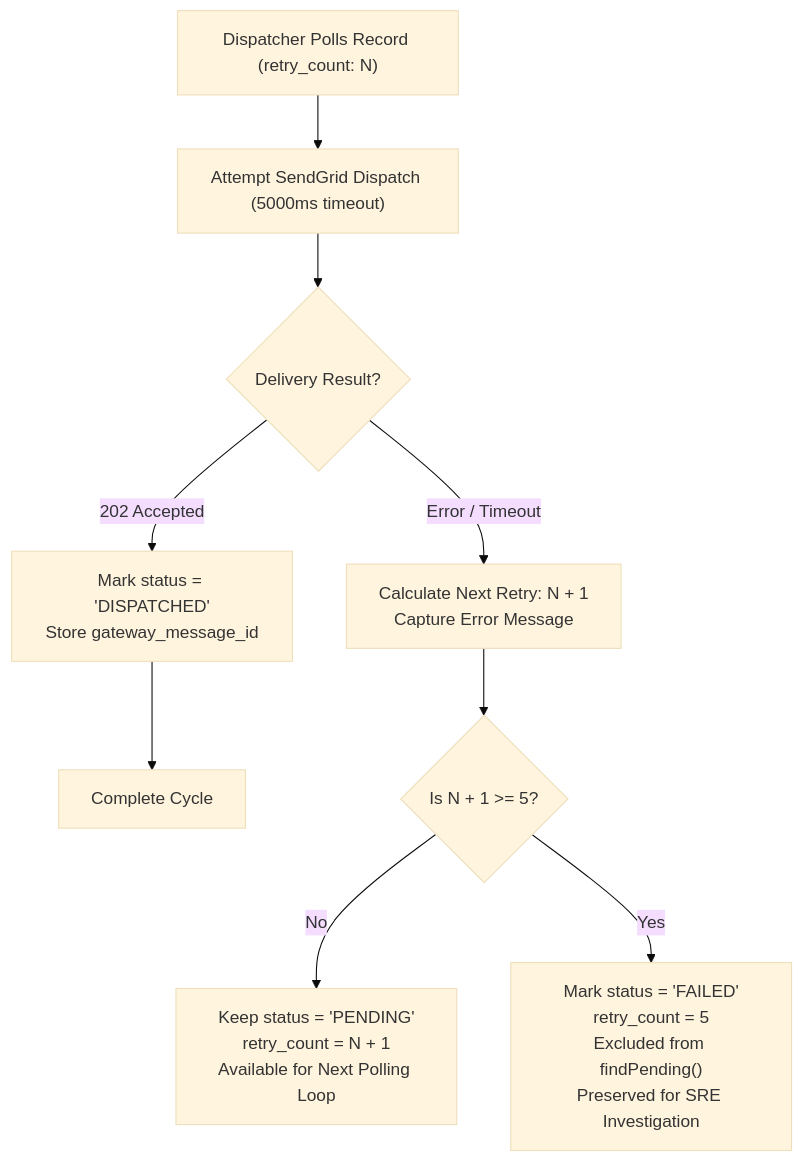
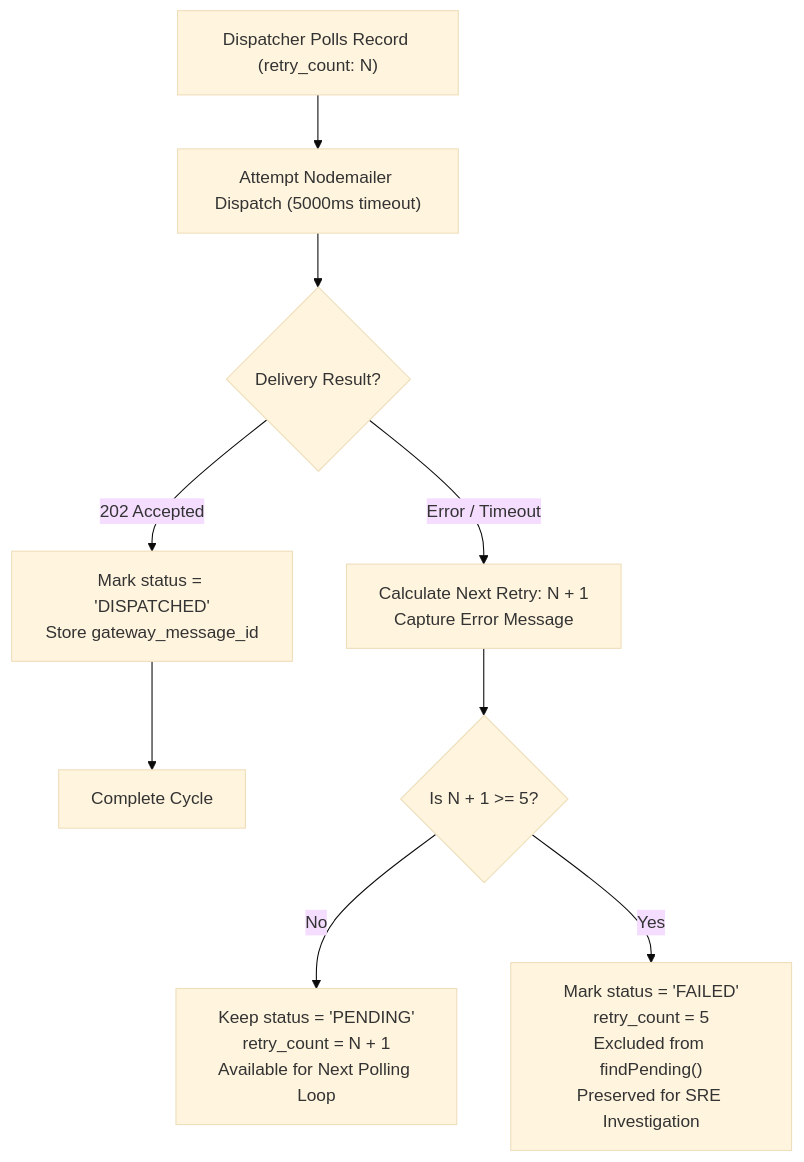
One commit to akshaygupta9874/urbanfleet-project changed the sixth of 6 diagrams in services/notification-service/README.md. Above: the diagram before and after it, drawn with Mermaid (base theme). The commit also changed other lines of this file and 86 other files, not shown here.

First line of the commit message:
feat(core): consolidate admin architecture, upgrade notification mail transport, and stabilize driver KYC

````diff
--- a/services/notification-service/README.md
+++ b/services/notification-service/README.md
@@ -316,14 +316,14 @@
 ```mermaid
 flowchart TD
-    POLL["Dispatcher Polls Record (retry_count: N)"] --> ATTEMPT["Attempt SendGrid Dispatch (5000ms timeout)"]
+    POLL["Dispatcher Polls Record (retry_count: N)"] --> ATTEMPT["Attempt Nodemailer Dispatch (5000ms timeout)"]
     ATTEMPT --> RESULT{"Delivery Result?"}
     
     RESULT -- 202 Accepted --> SUCCESS["Mark status = 'DISPATCHED'<br/>Store gateway_message_id"]
     SUCCESS --> DONE["Complete Cycle"]
 
     RESULT -- Error / Timeout --> RECORD["Calculate Next Retry: N + 1<br/>Capture Error Message"]
     RECORD --> CHECK{"Is N + 1 >= 5?"}
 
     CHECK -- No --> RETRY["Keep status = 'PENDING'<br/>retry_count = N + 1<br/>Available for Next Polling Loop"]
     CHECK -- Yes --> DEADLETTER["Mark status = 'FAILED'<br/>retry_count = 5<br/>Excluded from findPending()<br/>Preserved for SRE Investigation"]
 ```
````
